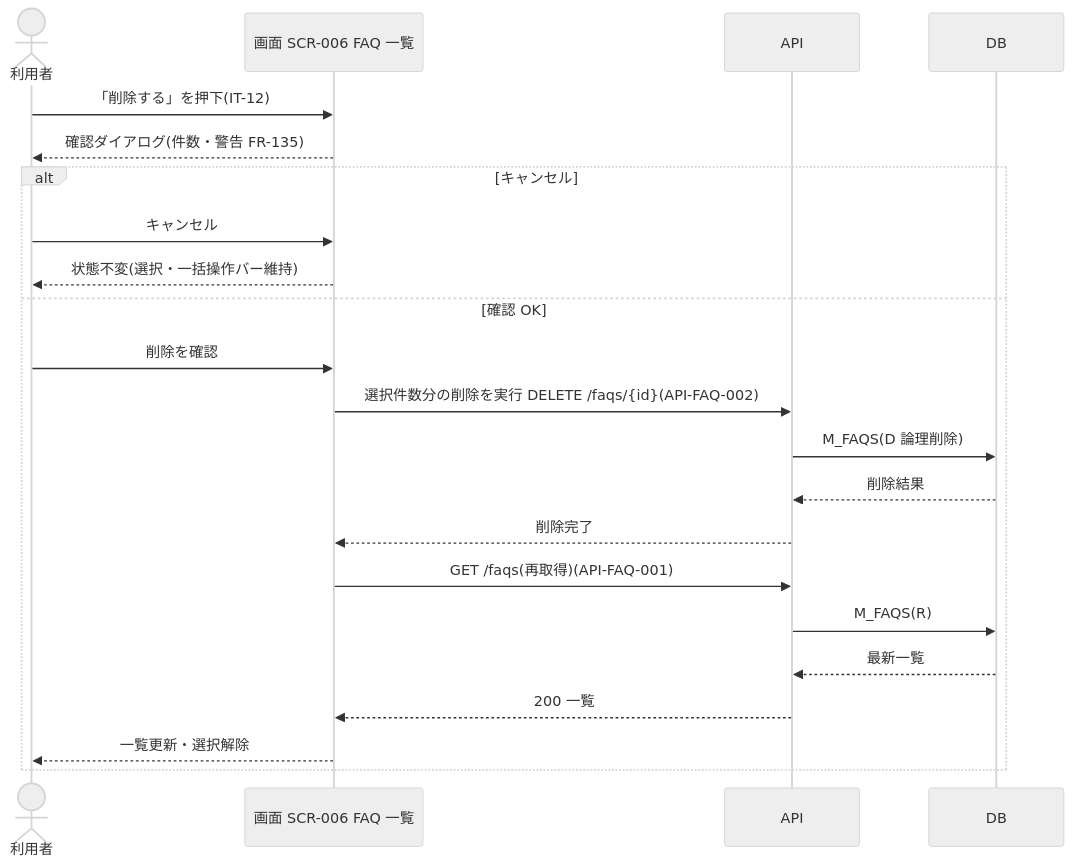
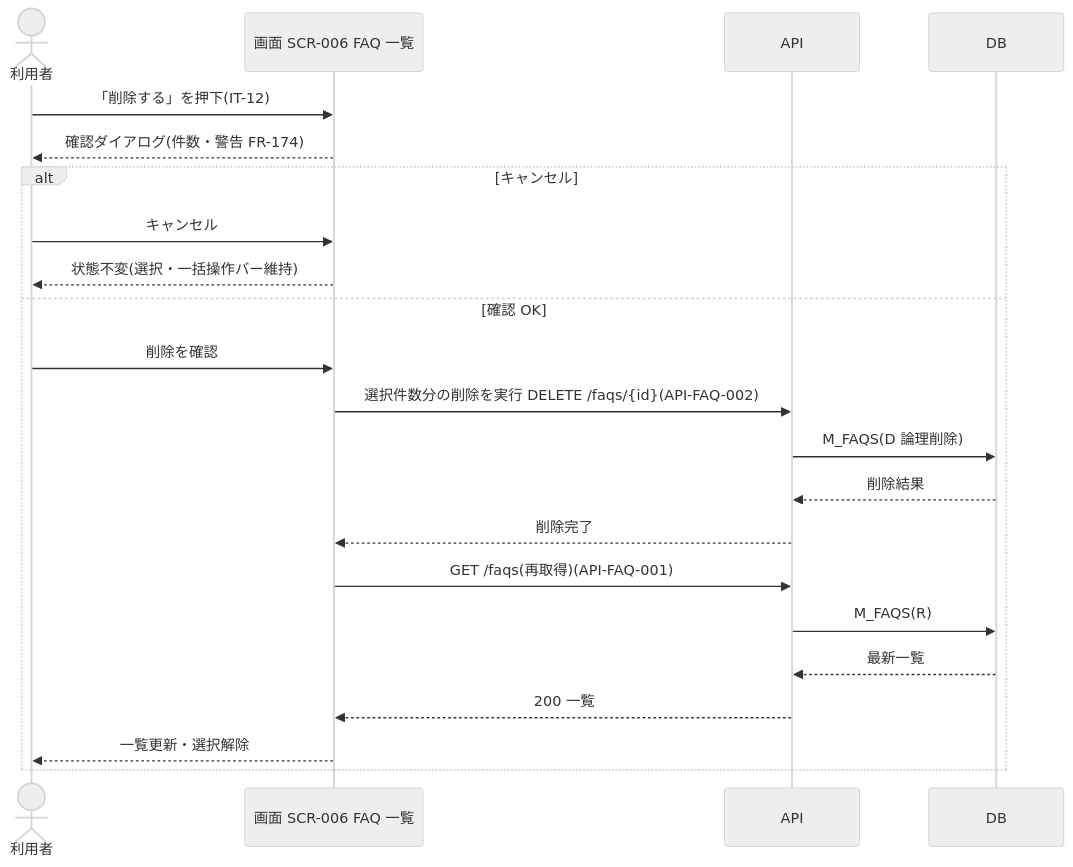
One commit to sikakou54/open-faq changed the seventh of 8 diagrams in 01_requirements/02_business_usecases/UC-SCR-006.md. Above: the diagram before and after it, drawn with Mermaid (neutral theme). The commit also changed other lines of this file and 571 other files, not shown here.

````diff
--- a/01_requirements/02_business_usecases/UC-SCR-006.md
+++ b/01_requirements/02_business_usecases/UC-SCR-006.md
@@ -385,24 +385,24 @@
 ```mermaid
 sequenceDiagram
   actor U as 利用者
   participant S as 画面 SCR-006 FAQ 一覧
   participant API as API
   participant DB as DB
   U->>S: 「削除する」を押下(IT-12)
-  S-->>U: 確認ダイアログ(件数・警告 FR-135)
+  S-->>U: 確認ダイアログ(件数・警告 FR-174)
   alt キャンセル
     U->>S: キャンセル
     S-->>U: 状態不変(選択・一括操作バー維持)
   else 確認 OK
     U->>S: 削除を確認
     S->>API: 選択件数分の削除を実行 DELETE /faqs/{id}(API-FAQ-002)
     API->>DB: M_FAQS(D 論理削除)
     DB-->>API: 削除結果
     API-->>S: 削除完了
     S->>API: GET /faqs(再取得)(API-FAQ-001)
     API->>DB: M_FAQS(R)
     DB-->>API: 最新一覧
     API-->>S: 200 一覧
     S-->>U: 一覧更新・選択解除
   end
 ```
````
